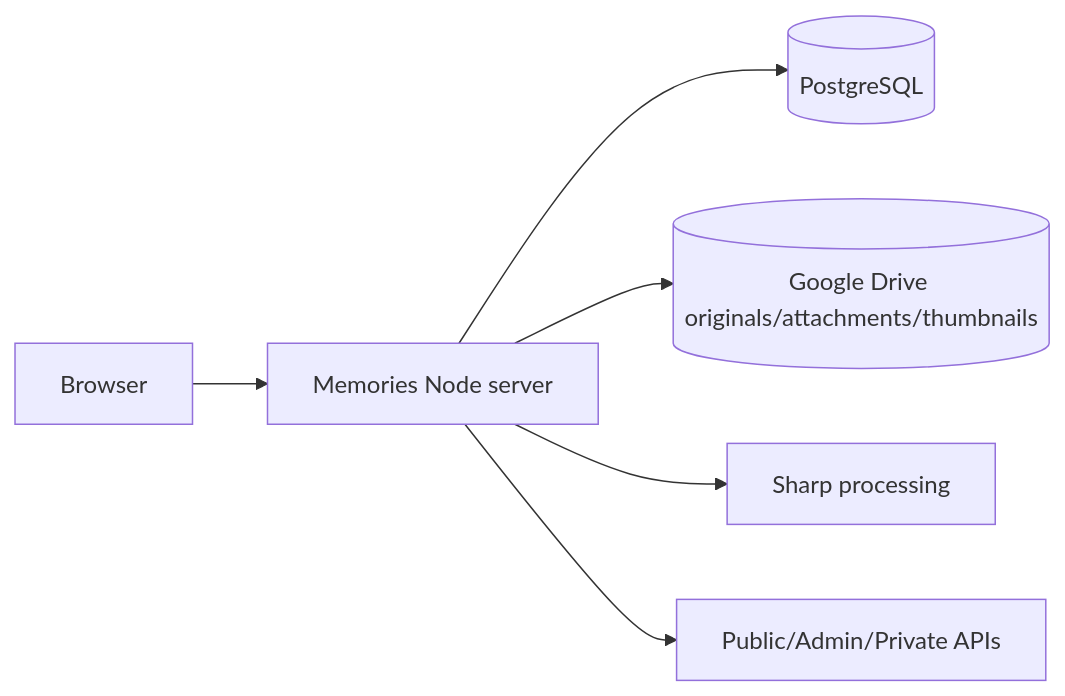
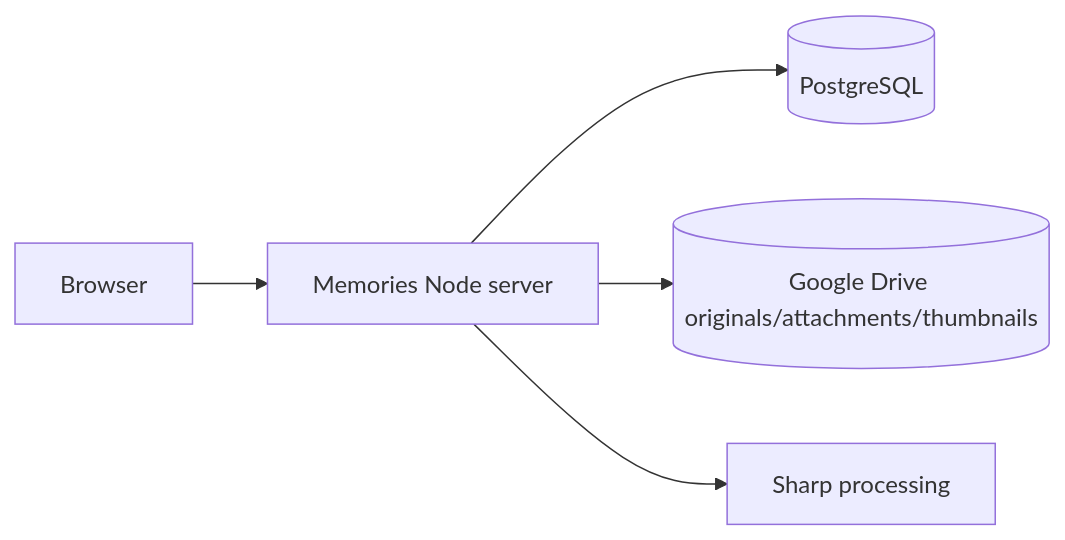
The first of 2 diagrams in artifacts/memories-album/README.md (royleon4/huang_yeh_wedding), drawn with Mermaid before and after one commit. The commit also changed other lines of this file, not shown here.

````diff
--- a/artifacts/memories-album/README.md
+++ b/artifacts/memories-album/README.md
@@ -46,8 +53,7 @@
 ```mermaid
 flowchart LR
   Browser --> App[Memories Node server]
   App --> PG[(PostgreSQL)]
   App --> Drive[(Google Drive originals/attachments/thumbnails)]
   App --> Sharp[Sharp processing]
-  App --> Public[Public/Admin/Private APIs]
 ```
````
